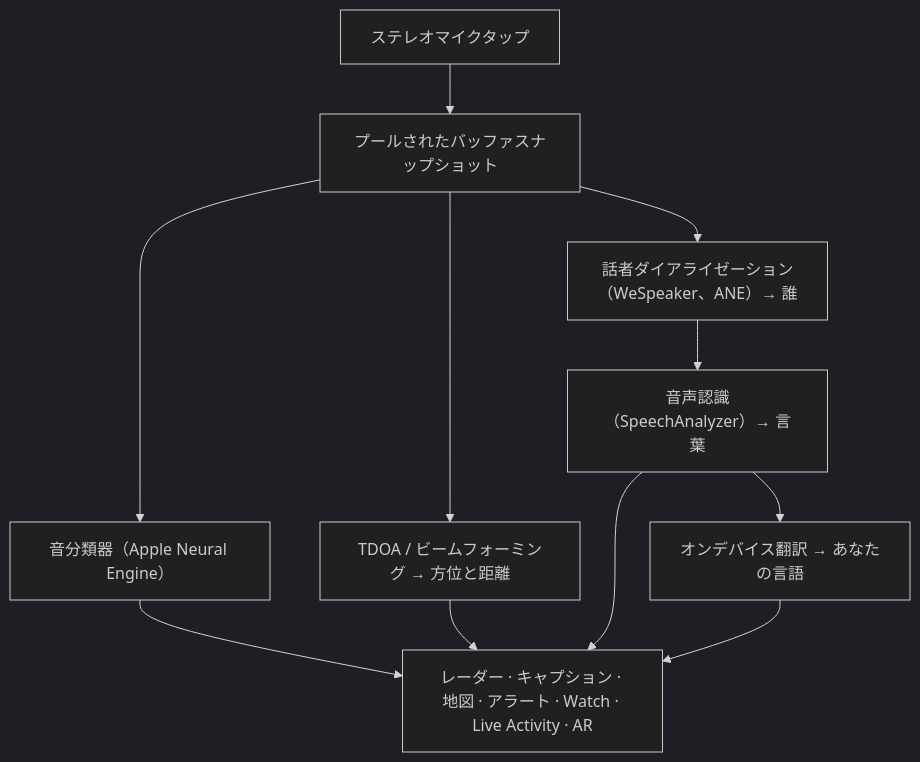
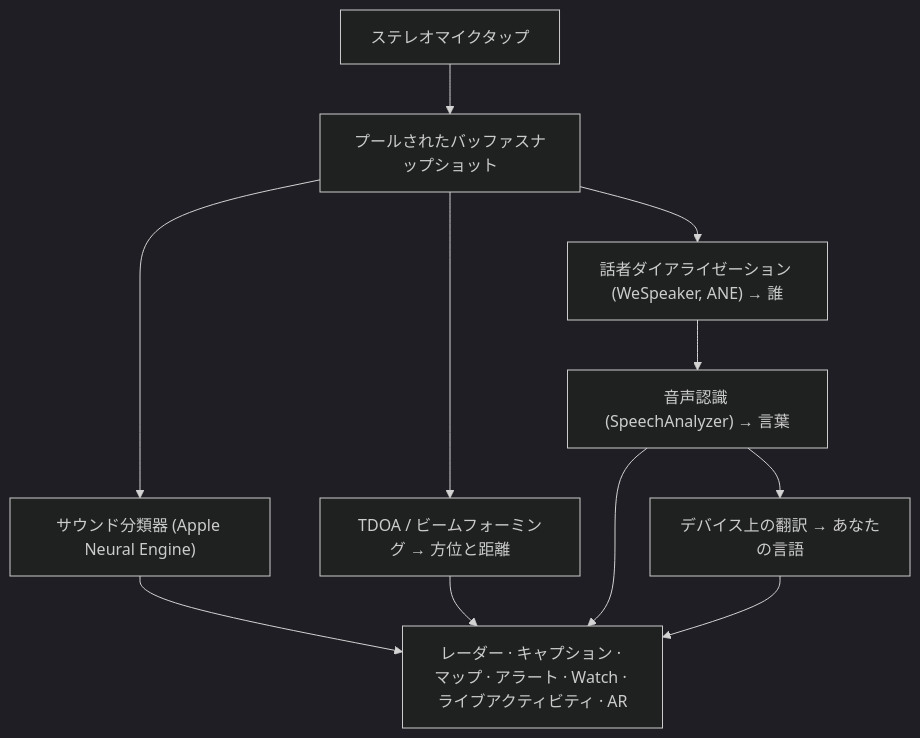
The diagram in README_ja.md (rpalm01-star/VigilantEarLegal), drawn with Mermaid (dark theme) before and after one commit. The commit also changed other lines of this file and 31 other files, not shown here.

````diff
--- a/README_ja.md
+++ b/README_ja.md
@@ -93,10 +93,10 @@
 ```mermaid
 graph TD
     A["ステレオマイクタップ"] --> B["プールされたバッファスナップショット"]
-    B --> C["音分類器（Apple Neural Engine）"]
+    B --> C["サウンド分類器 (Apple Neural Engine)"]
     B --> D["TDOA / ビームフォーミング → 方位と距離"]
-    B --> E["話者ダイアライゼーション（WeSpeaker、ANE）→ 誰"]
-    E --> F["音声認識（SpeechAnalyzer）→ 言葉"]
-    F --> G["オンデバイス翻訳 → あなたの言語"]
-    C & D & F & G --> H["レーダー · キャプション · 地図 · アラート · Watch · Live Activity · AR"]
+    B --> E["話者ダイアライゼーション (WeSpeaker, ANE) → 誰"]
+    E --> F["音声認識 (SpeechAnalyzer) → 言葉"]
+    F --> G["デバイス上の翻訳 → あなたの言語"]
+    C & D & F & G --> H["レーダー · キャプション · マップ · アラート · Watch · ライブアクティビティ · AR"]
 ```
````
